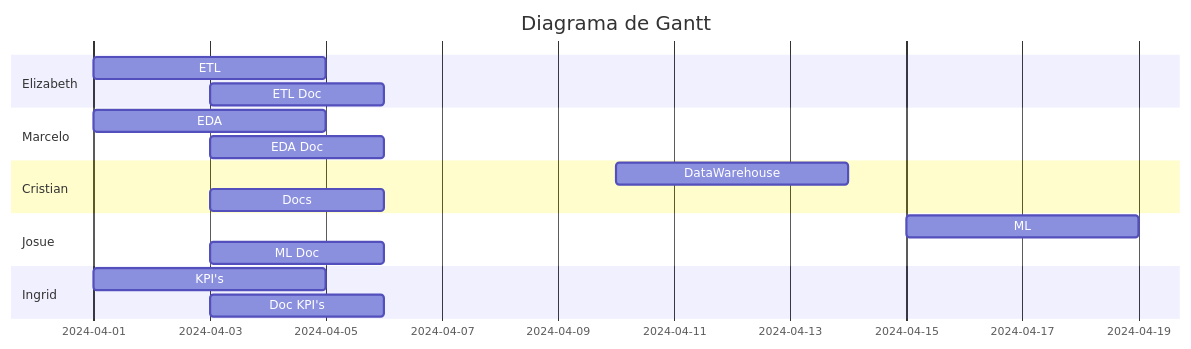
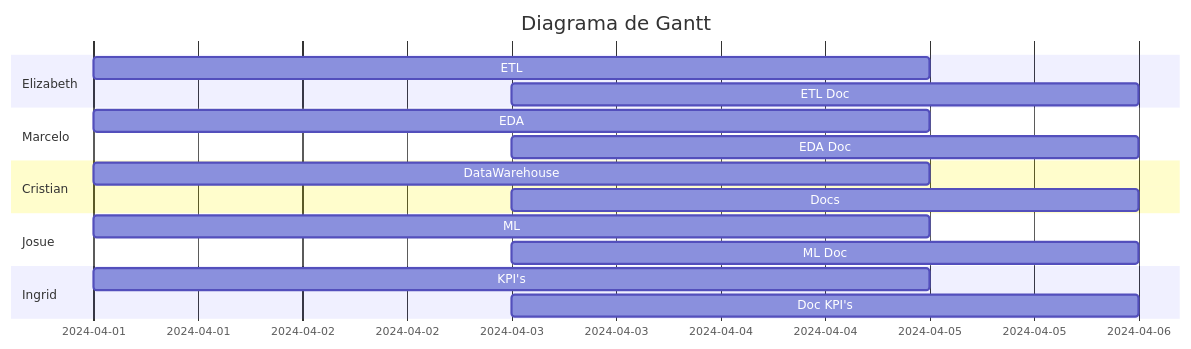
The diagram in README.md (marceloyuba/SDT), drawn with Mermaid before and after one commit.

````diff
--- a/README.md
+++ b/README.md
@@ -9,27 +9,27 @@
 ```mermaid
 gantt
     title Diagrama de Gantt
 
   section Elizabeth
     ETL           :a1, 2024-04-01, 4d
     ETL Doc    :after a1, 2024-04-03, 3d
 
     section Marcelo
     EDA           :a2, 2024-04-01, 4d
     EDA Doc       :2024-04-03, 3d
 
     section Cristian
-    DataWarehouse      :a3, 2024-04-10, 4d
+    DataWarehouse      :a3, 2024-04-01, 4d
     Docs               :2024-04-03, 3d
     
     section Josue
-     ML           :a4, 2024-04-15, 4d
+     ML           :a4, 2024-04-01, 4d
     ML Doc        :2024-04-03, 3d
     
 
     section Ingrid
     KPI's          :a5, 2024-04-01, 4d
     Doc KPI's       :2024-04-03, 3d
    
 
 ```
````
